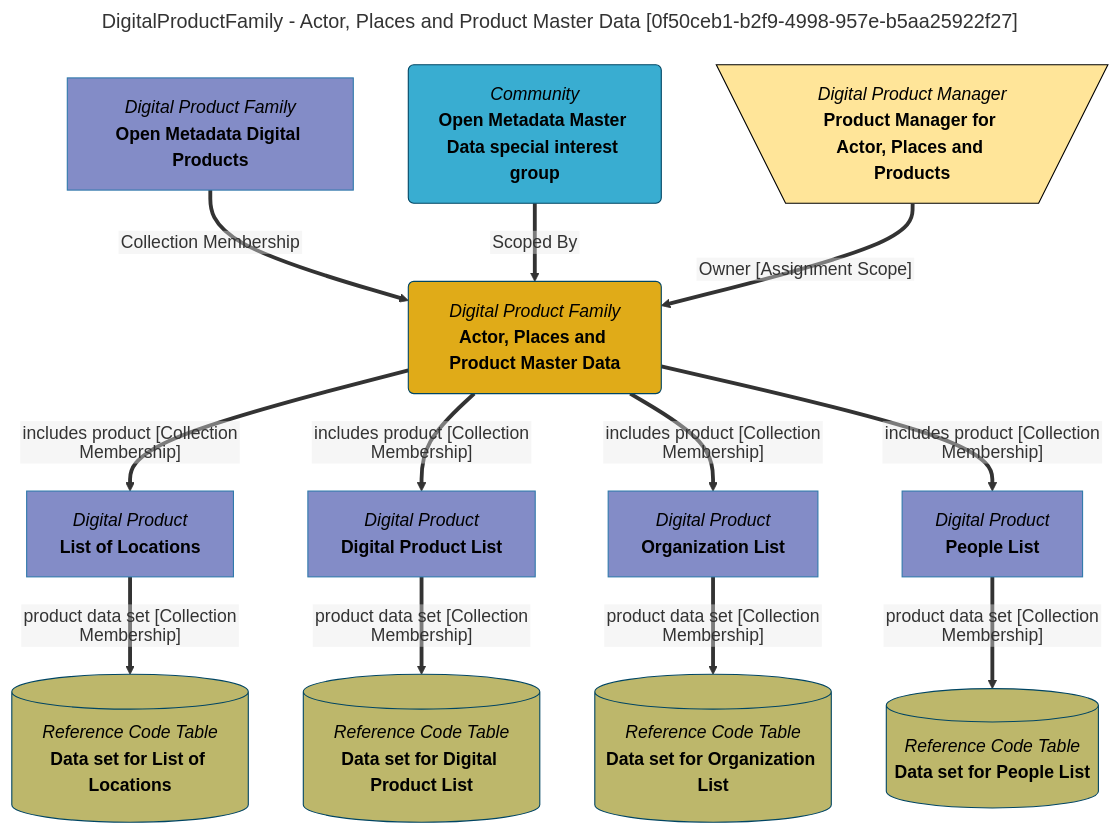
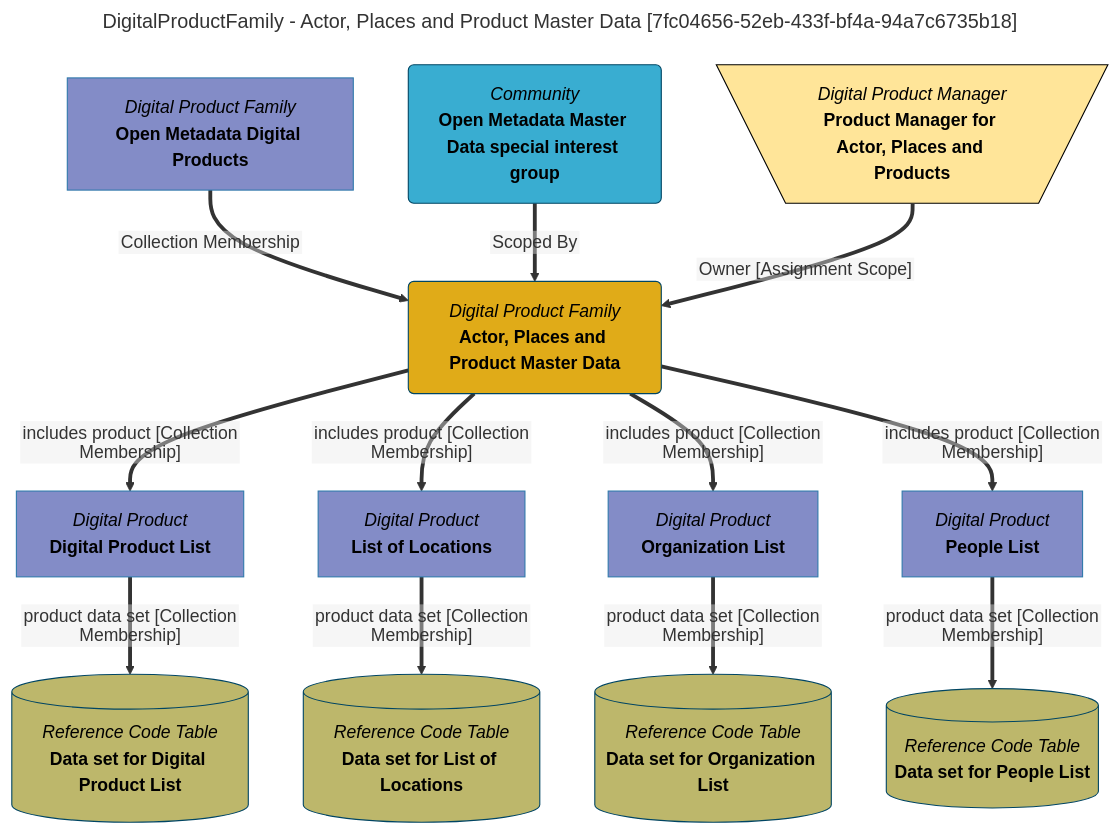
Before and after one commit to odpi/egeria-docs: the diagram in site/snippets/collections/digital-products/actor,-places-and-product-master-data-mermaid-graph.md, drawn with Mermaid. The commit also changed 2201 other files, not shown here.

````diff
--- a/site/snippets/collections/digital-products/actor,-places-and-product-master-data-mermaid-graph.md
+++ b/site/snippets/collections/digital-products/actor,-places-and-product-master-data-mermaid-graph.md
@@ -1,55 +1,55 @@
 ```mermaid
 ---
-title: DigitalProductFamily - Actor, Places and Product Master Data [0f50ceb1-b2f9-4998-957e-b5aa25922f27]
+title: DigitalProductFamily - Actor, Places and Product Master Data [7fc04656-52eb-433f-bf4a-94a7c6735b18]
 ---
 flowchart TD
 %%{init: {"flowchart": {"htmlLabels": false}} }%%
 
 1@{ shape: rounded, label: "*Digital Product Family*
 **Actor, Places and Product Master Data**"}
 2@{ shape: rect, label: "*Digital Product Family*
 **Open Metadata Digital Products**"}
 2==>|"Collection Membership"|1
 3@{ shape: rect, label: "*Digital Product*
-**List of Locations**"}
+**Digital Product List**"}
 1==>|"includes product [Collection Membership]"|3
 4@{ shape: cyl, label: "*Reference Code Table*
-**Data set for List of Locations**"}
+**Data set for Digital Product List**"}
 3==>|"product data set [Collection Membership]"|4
 5@{ shape: rect, label: "*Digital Product*
-**Digital Product List**"}
+**List of Locations**"}
 1==>|"includes product [Collection Membership]"|5
 6@{ shape: cyl, label: "*Reference Code Table*
-**Data set for Digital Product List**"}
+**Data set for List of Locations**"}
 5==>|"product data set [Collection Membership]"|6
 7@{ shape: rect, label: "*Digital Product*
 **Organization List**"}
 1==>|"includes product [Collection Membership]"|7
 8@{ shape: cyl, label: "*Reference Code Table*
 **Data set for Organization List**"}
 7==>|"product data set [Collection Membership]"|8
 9@{ shape: rect, label: "*Digital Product*
 **People List**"}
 1==>|"includes product [Collection Membership]"|9
 10@{ shape: cyl, label: "*Reference Code Table*
 **Data set for People List**"}
 9==>|"product data set [Collection Membership]"|10
 11@{ shape: rounded, label: "*Community*
 **Open Metadata Master Data special interest group**"}
 11==>|"Scoped By"|1
 12@{ shape: trap-t, label: "*Digital Product Manager*
 **Product Manager for Actor, Places and Products**"}
 12==>|"Owner [Assignment Scope]"|1
 style 11 color:#000000, fill:#39add1, stroke:#004563
 style 1 color:#000000, fill:#e0ab18, stroke:#004563
 style 12 color:#000000, fill:#FFE599, stroke:#000000
 style 2 color:#000000, fill:#838cc7, stroke:#3079ab
 style 3 color:#000000, fill:#838cc7, stroke:#3079ab
-style 4 color:#000000, fill:#bdb76b, stroke:#004563
+style 4 color:#000000, fill:#BDB76B, stroke:#004563
 style 5 color:#000000, fill:#838cc7, stroke:#3079ab
-style 6 color:#000000, fill:#bdb76b, stroke:#004563
+style 6 color:#000000, fill:#BDB76B, stroke:#004563
 style 7 color:#000000, fill:#838cc7, stroke:#3079ab
-style 8 color:#000000, fill:#bdb76b, stroke:#004563
+style 8 color:#000000, fill:#BDB76B, stroke:#004563
 style 9 color:#000000, fill:#838cc7, stroke:#3079ab
-style 10 color:#000000, fill:#bdb76b, stroke:#004563
+style 10 color:#000000, fill:#BDB76B, stroke:#004563
 ```
````
